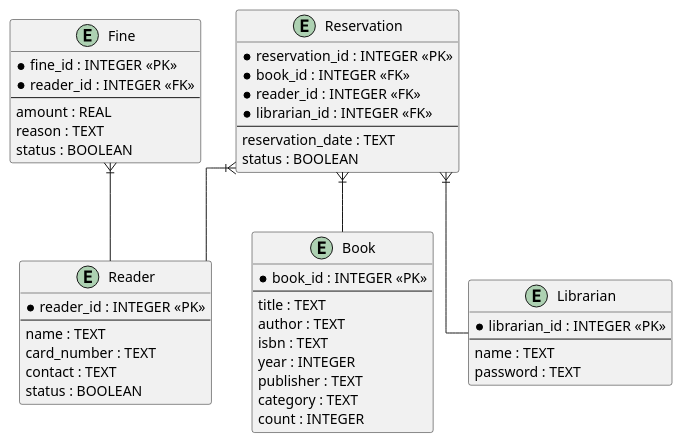
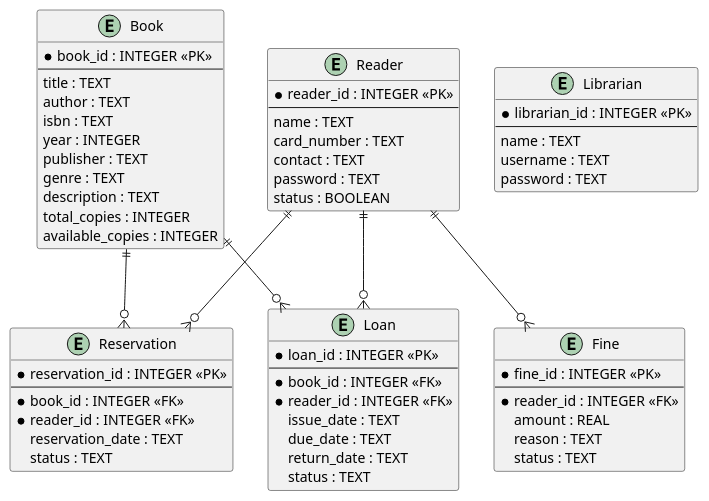
Before and after one commit to EmAnto0/InfProject: the diagram in docs/diagrams/er_diagram.puml, drawn with PlantUML. The commit also changed 10 other files, not shown here.

```diff
--- a/docs/diagrams/er_diagram.puml
+++ b/docs/diagrams/er_diagram.puml
@@ -1,58 +1,71 @@
 @startuml er_diagram
 
-skinparam linetype ortho
-
-entity "Book" as Book {
-  * book_id : INTEGER <<PK>>
+entity Book {
+  *book_id : INTEGER <<PK>>
   --
   title : TEXT
   author : TEXT
   isbn : TEXT
   year : INTEGER
   publisher : TEXT
-  category : TEXT
-  count : INTEGER
+  genre : TEXT
+  description : TEXT
+  total_copies : INTEGER
+  available_copies : INTEGER
 }
 
-entity "Reader" as Reader {
-  * reader_id : INTEGER <<PK>>
+entity Reader {
+  *reader_id : INTEGER <<PK>>
   --
   name : TEXT
   card_number : TEXT
   contact : TEXT
+  password : TEXT
   status : BOOLEAN
 }
 
-entity "Librarian" as Librarian {
-  * librarian_id : INTEGER <<PK>>
+entity Librarian {
+  *librarian_id : INTEGER <<PK>>
   --
   name : TEXT
+  username : TEXT
   password : TEXT
 }
 
-entity "Reservation" as Reservation {
-  * reservation_id : INTEGER <<PK>>
-  * book_id : INTEGER <<FK>>
-  * reader_id : INTEGER <<FK>>
-  * librarian_id : INTEGER <<FK>>
+entity Loan {
+  *loan_id : INTEGER <<PK>>
   --
-  reservation_date : TEXT
-  status : BOOLEAN
+  *book_id : INTEGER <<FK>>
+  *reader_id : INTEGER <<FK>>
+  issue_date : TEXT
+  due_date : TEXT
+  return_date : TEXT
+  status : TEXT
 }
 
-entity "Fine" as Fine {
-  * fine_id : INTEGER <<PK>>
-  * reader_id : INTEGER <<FK>>
+entity Reservation {
+  *reservation_id : INTEGER <<PK>>
   --
+  *book_id : INTEGER <<FK>>
+  *reader_id : INTEGER <<FK>>
+  reservation_date : TEXT
+  status : TEXT
+}
+
+entity Fine {
+  *fine_id : INTEGER <<PK>>
+  --
+  *reader_id : INTEGER <<FK>>
   amount : REAL
   reason : TEXT
-  status : BOOLEAN
+  status : TEXT
 }
 
-' Связи между сущностями
-Reader -u-|{ Reservation
-Book -u-|{ Reservation
-Librarian -u-|{ Reservation
-Reader -u-|{ Fine
+' Связи
+Book ||--o{ Loan
+Reader ||--o{ Loan
+Book ||--o{ Reservation
+Reader ||--o{ Reservation
+Reader ||--o{ Fine
 
 @enduml
```
